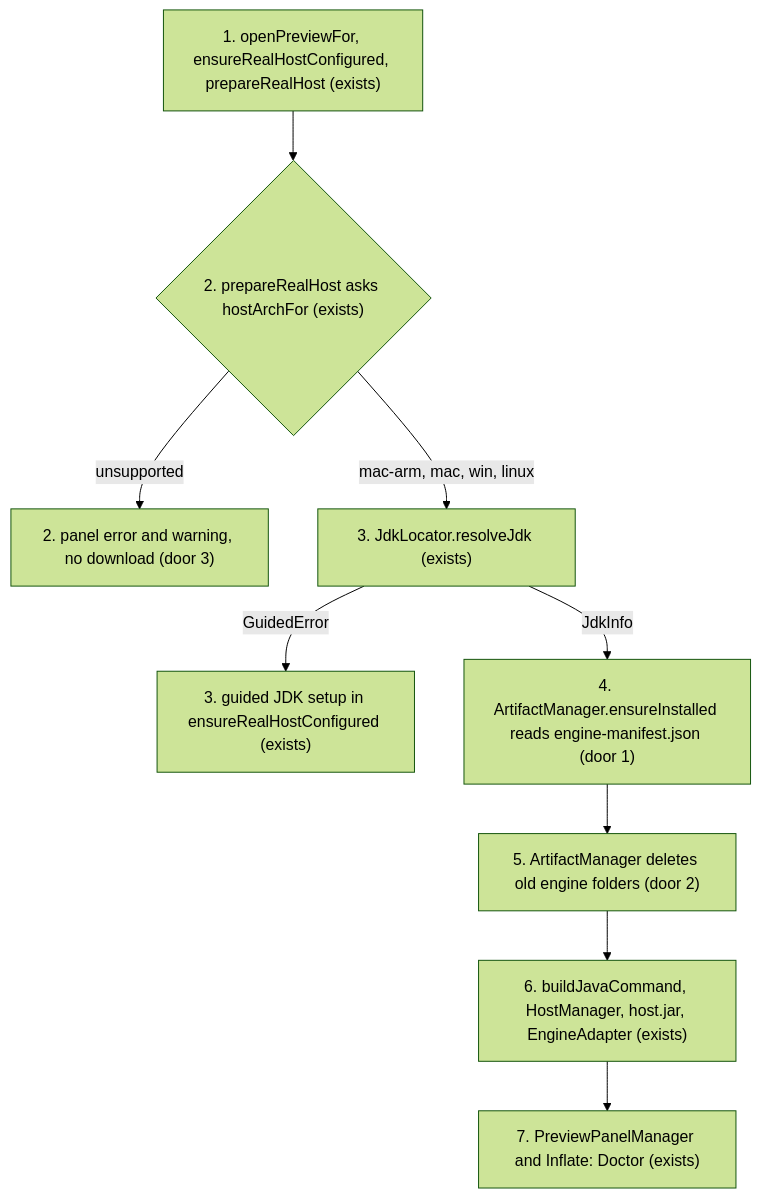
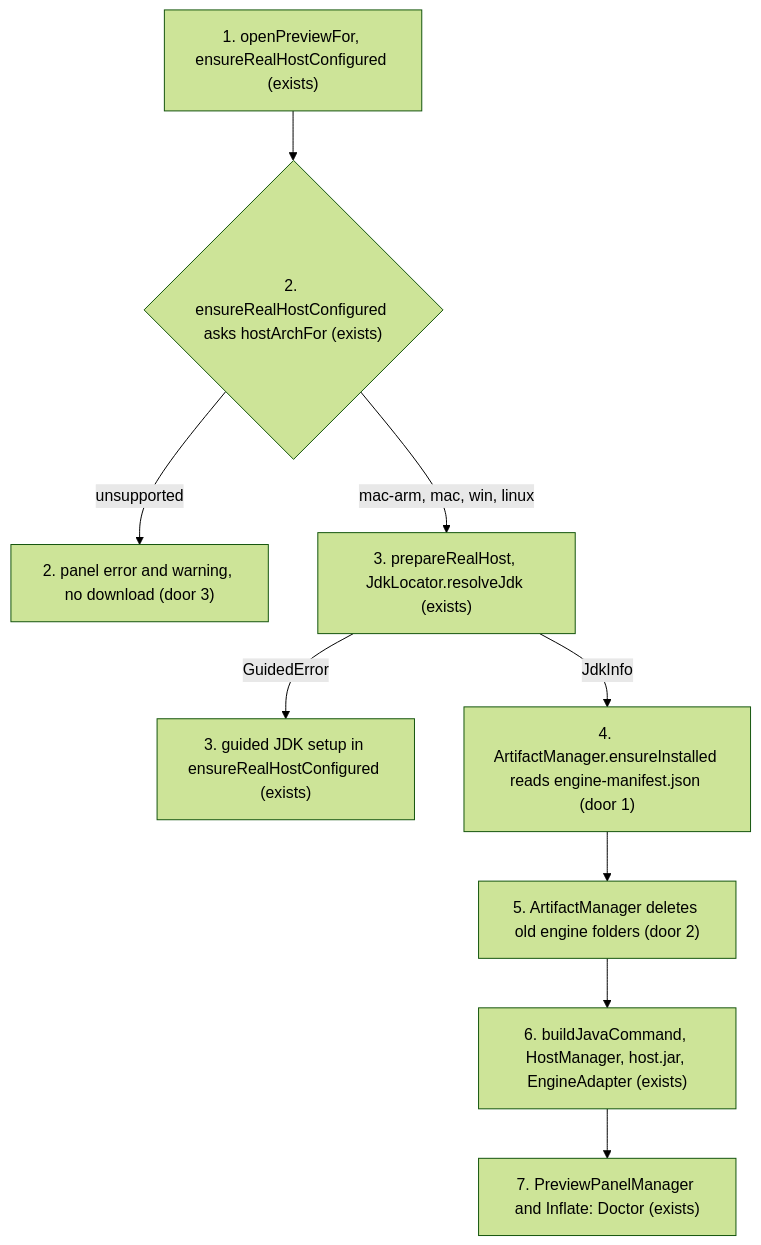
The first of 3 diagrams in .specs/features/multi-platform-support/plan.md (ionixjunior/inflate), drawn with Mermaid (forest theme) before and after one commit. The commit also changed other lines of this file, not shown here.

First line of the commit message:
Specs: Move the platform check to ensureRealHostConfigured in the plan

````diff
--- a/.specs/features/multi-platform-support/plan.md
+++ b/.specs/features/multi-platform-support/plan.md
@@ -51,11 +51,11 @@
 ```mermaid
 flowchart TD
-    A["1. openPreviewFor, ensureRealHostConfigured, prepareRealHost (exists)"] --> B{"2. prepareRealHost asks hostArchFor (exists)"}
+    A["1. openPreviewFor, ensureRealHostConfigured (exists)"] --> B{"2. ensureRealHostConfigured asks hostArchFor (exists)"}
     B -- "unsupported" --> X["2. panel error and warning, no download (door 3)"]
-    B -- "mac-arm, mac, win, linux" --> C["3. JdkLocator.resolveJdk (exists)"]
+    B -- "mac-arm, mac, win, linux" --> C["3. prepareRealHost, JdkLocator.resolveJdk (exists)"]
     C -- "GuidedError" --> G["3. guided JDK setup in ensureRealHostConfigured (exists)"]
     C -- "JdkInfo" --> D["4. ArtifactManager.ensureInstalled reads engine-manifest.json (door 1)"]
     D --> E["5. ArtifactManager deletes old engine folders (door 2)"]
     E --> F["6. buildJavaCommand, HostManager, host.jar, EngineAdapter (exists)"]
     F --> H["7. PreviewPanelManager and Inflate: Doctor (exists)"]
 ```
````
